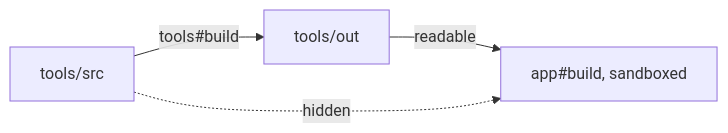
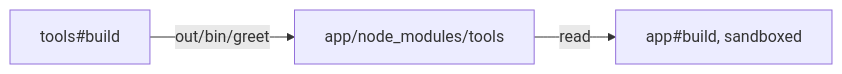
One commit to vznjs/vx changed the diagram in private/vx-docs/src/content/docs/blog/a-task-reads-what-it-depends-on.md. Above: the diagram before and after it, drawn with Mermaid. The commit also changed other lines of this file, not shown here.

First line of the commit message:
docs(blog): show a task reading a dependency through node_modules

````diff
--- a/private/vx-docs/src/content/docs/blog/a-task-reads-what-it-depends-on.md
+++ b/private/vx-docs/src/content/docs/blog/a-task-reads-what-it-depends-on.md
@@ -15,6 +15,5 @@
 ```mermaid
 flowchart LR
-  S[tools/src] -->|tools#build| O[tools/out]
-  O -->|readable| A[app#build, sandboxed]
-  S -.->|hidden| A
+  T[tools#build] -->|out/bin/greet| L[app/node_modules/tools]
+  L -->|read| A[app#build, sandboxed]
 ```
````
